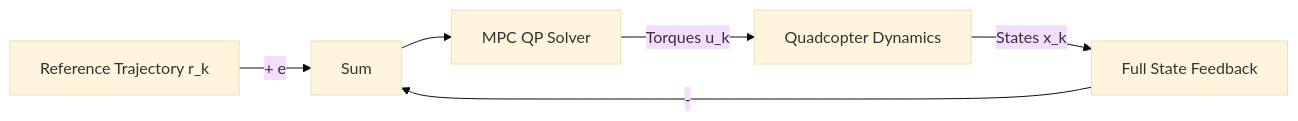
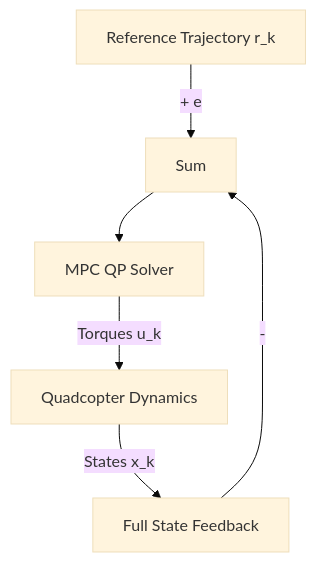
The diagram in Formulation.md (OzPol/mpc-quadcopter-uav), drawn with Mermaid (base theme) before and after one commit.

Commit message:
Diagram Orientation, LR to TD (Mermaid)

````diff
--- a/Formulation.md
+++ b/Formulation.md
@@ -163,8 +163,8 @@
 ```mermaid
-graph LR
+graph TD
     R[Reference Trajectory r_k] -->|+ e| Sum
     Sum --> Optimizer[MPC QP Solver]
     Optimizer -->|Torques u_k| Plant[Quadcopter Dynamics]
     Plant -->|States x_k| Obs
     Obs[Full State Feedback] -->|-| Sum
 ```
````
